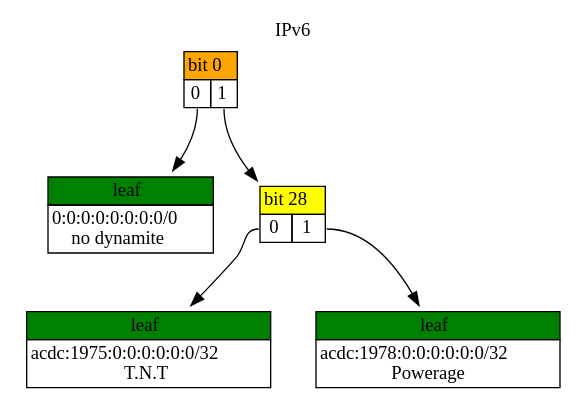
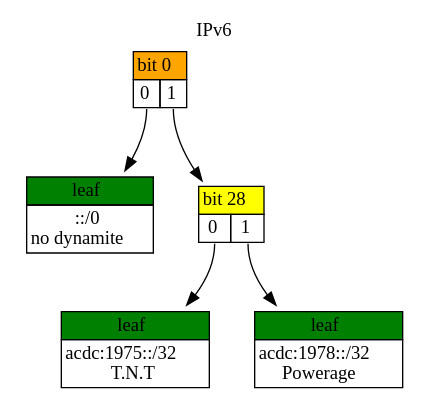
Before and after one commit to hertogp/iptrie: the diagram in assets/ipv6.dot, drawn with Graphviz. The commit also changed 7 other files, not shown here.

```diff
--- a/assets/ipv6.dot
+++ b/assets/ipv6.dot
@@ -1,40 +1,40 @@
 digraph Radix {
   labelloc="t";
   label="IPv6";
   rankdir="TB";
   ranksep="0.5 equally";
 N3 [label=<
   <TABLE BORDER="0" CELLBORDER="1" CELLSPACING="0">
     <TR><TD PORT="N3" BGCOLOR="green">leaf</TD></TR>
-    <TR><TD>acdc:1978:0:0:0:0:0:0/32<br/>Powerage</TD></TR>
+    <TR><TD>acdc:1978::/32<br/>Powerage</TD></TR>
   </TABLE>
   >, shape="plaintext"];
 N2 [label=<
   <TABLE BORDER="0" CELLBORDER="1" CELLSPACING="0">
     <TR><TD PORT="N2" BGCOLOR="green">leaf</TD></TR>
-    <TR><TD>acdc:1975:0:0:0:0:0:0/32<br/>T.N.T</TD></TR>
+    <TR><TD>acdc:1975::/32<br/>T.N.T</TD></TR>
   </TABLE>
   >, shape="plaintext"];
 N4:R -> N3;
 N4:L -> N2;
 N4 [label=<
   <TABLE BORDER="0" CELLBORDER="1" CELLSPACING="0">
     <TR><TD PORT="N4" COLSPAN="2" BGCOLOR="yellow">bit 28</TD></TR>
     <TR><TD PORT="L">0</TD><TD PORT="R">1</TD></TR>
   </TABLE>
 >, shape="plaintext"];
 N1 [label=<
   <TABLE BORDER="0" CELLBORDER="1" CELLSPACING="0">
     <TR><TD PORT="N1" BGCOLOR="green">leaf</TD></TR>
-    <TR><TD>0:0:0:0:0:0:0:0/0<br/>no dynamite</TD></TR>
+    <TR><TD>::/0<br/>no dynamite</TD></TR>
   </TABLE>
   >, shape="plaintext"];
 N5:R -> N4;
 N5:L -> N1;
 N5 [label=<
   <TABLE BORDER="0" CELLBORDER="1" CELLSPACING="0">
     <TR><TD PORT="N5" COLSPAN="2" BGCOLOR="orange">bit 0</TD></TR>
     <TR><TD PORT="L">0</TD><TD PORT="R">1</TD></TR>
   </TABLE>
 >, shape="plaintext"];
 }
```
